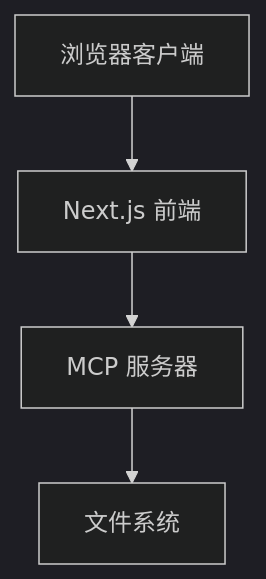
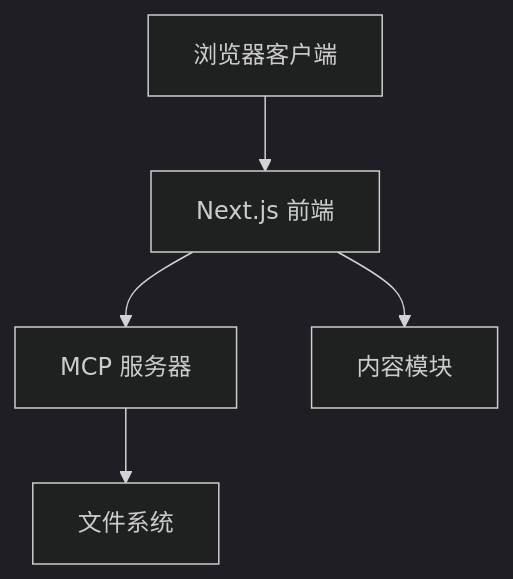
The sixth of 7 diagrams in .qoder/repowiki/zh/content/MCP架构设计/MCP架构设计.md (Leslie-Chuan/classic-example), drawn with Mermaid (dark theme) before and after one commit. The commit also changed other lines of this file and 46 other files, not shown here.

````diff
--- a/.qoder/repowiki/zh/content/MCP架构设计/MCP架构设计.md
+++ b/.qoder/repowiki/zh/content/MCP架构设计/MCP架构设计.md
@@ -258,6 +281,7 @@
 ```mermaid
 graph TB
 Client["浏览器客户端"] --> FE["Next.js 前端"]
 FE --> MCP["MCP 服务器"]
+FE --> Content["内容模块"]
 MCP --> FS["文件系统"]
 ```
````
